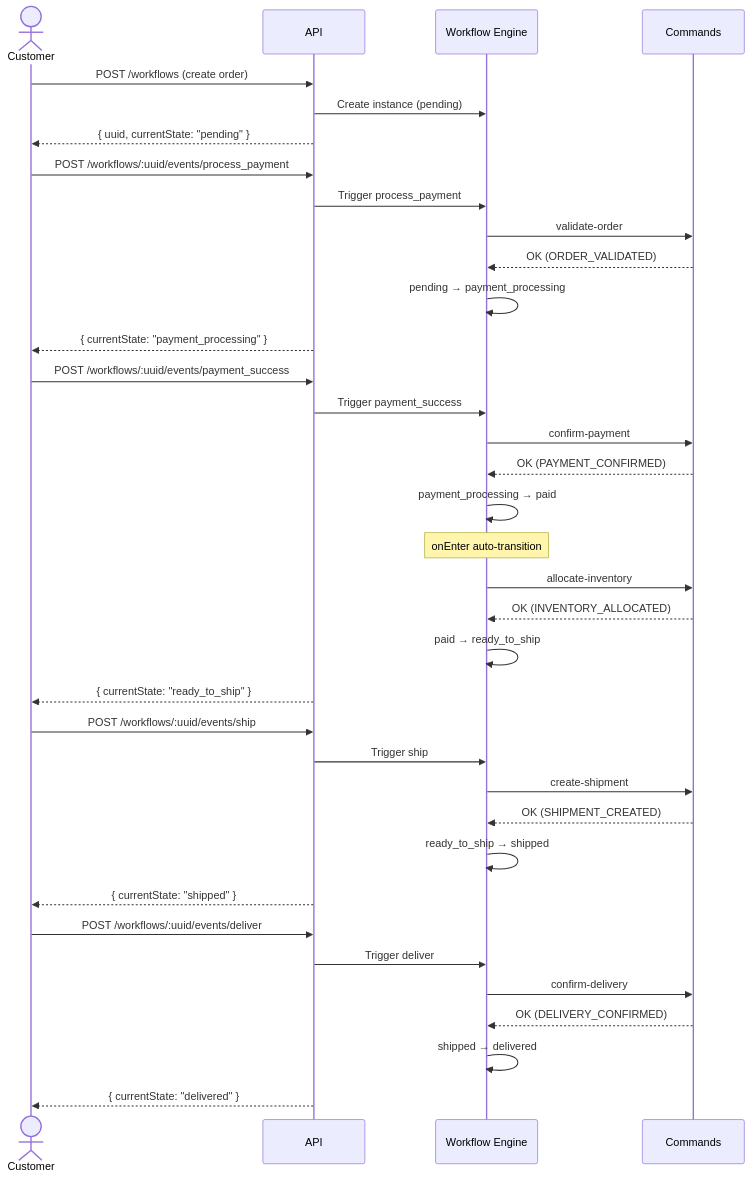
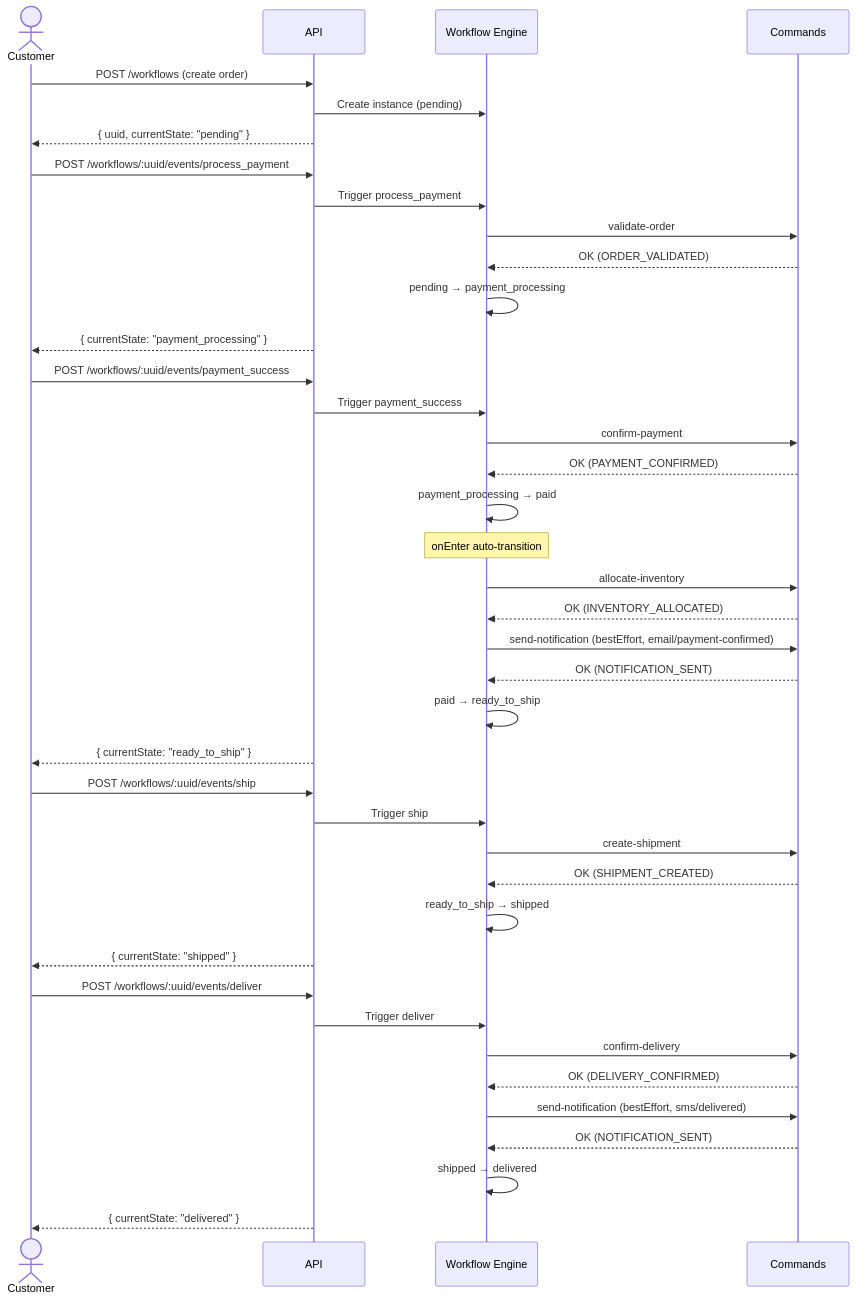
One commit to camcima/duraflows-nestjs-examples changed the first of 2 diagrams in docs/happy-path.md. Above: the diagram before and after it, drawn with Mermaid. The commit also changed other lines of this file and 14 other files, not shown here.

````diff
--- a/docs/happy-path.md
+++ b/docs/happy-path.md
@@ -7,44 +7,48 @@
 ```mermaid
 sequenceDiagram
     actor Customer
     participant API
     participant Workflow as Workflow Engine
     participant Commands
 
     Customer->>API: POST /workflows (create order)
     API->>Workflow: Create instance (pending)
     API-->>Customer: { uuid, currentState: "pending" }
 
     Customer->>API: POST /workflows/:uuid/events/process_payment
     API->>Workflow: Trigger process_payment
     Workflow->>Commands: validate-order
     Commands-->>Workflow: OK (ORDER_VALIDATED)
     Workflow->>Workflow: pending → payment_processing
     API-->>Customer: { currentState: "payment_processing" }
 
     Customer->>API: POST /workflows/:uuid/events/payment_success
     API->>Workflow: Trigger payment_success
     Workflow->>Commands: confirm-payment
     Commands-->>Workflow: OK (PAYMENT_CONFIRMED)
     Workflow->>Workflow: payment_processing → paid
 
     Note over Workflow: onEnter auto-transition
     Workflow->>Commands: allocate-inventory
     Commands-->>Workflow: OK (INVENTORY_ALLOCATED)
+    Workflow->>Commands: send-notification (bestEffort, email/payment-confirmed)
+    Commands-->>Workflow: OK (NOTIFICATION_SENT)
     Workflow->>Workflow: paid → ready_to_ship
     API-->>Customer: { currentState: "ready_to_ship" }
 
     Customer->>API: POST /workflows/:uuid/events/ship
     API->>Workflow: Trigger ship
     Workflow->>Commands: create-shipment
     Commands-->>Workflow: OK (SHIPMENT_CREATED)
     Workflow->>Workflow: ready_to_ship → shipped
     API-->>Customer: { currentState: "shipped" }
 
     Customer->>API: POST /workflows/:uuid/events/deliver
     API->>Workflow: Trigger deliver
     Workflow->>Commands: confirm-delivery
     Commands-->>Workflow: OK (DELIVERY_CONFIRMED)
+    Workflow->>Commands: send-notification (bestEffort, sms/delivered)
+    Commands-->>Workflow: OK (NOTIFICATION_SENT)
     Workflow->>Workflow: shipped → delivered
     API-->>Customer: { currentState: "delivered" }
 ```
````
